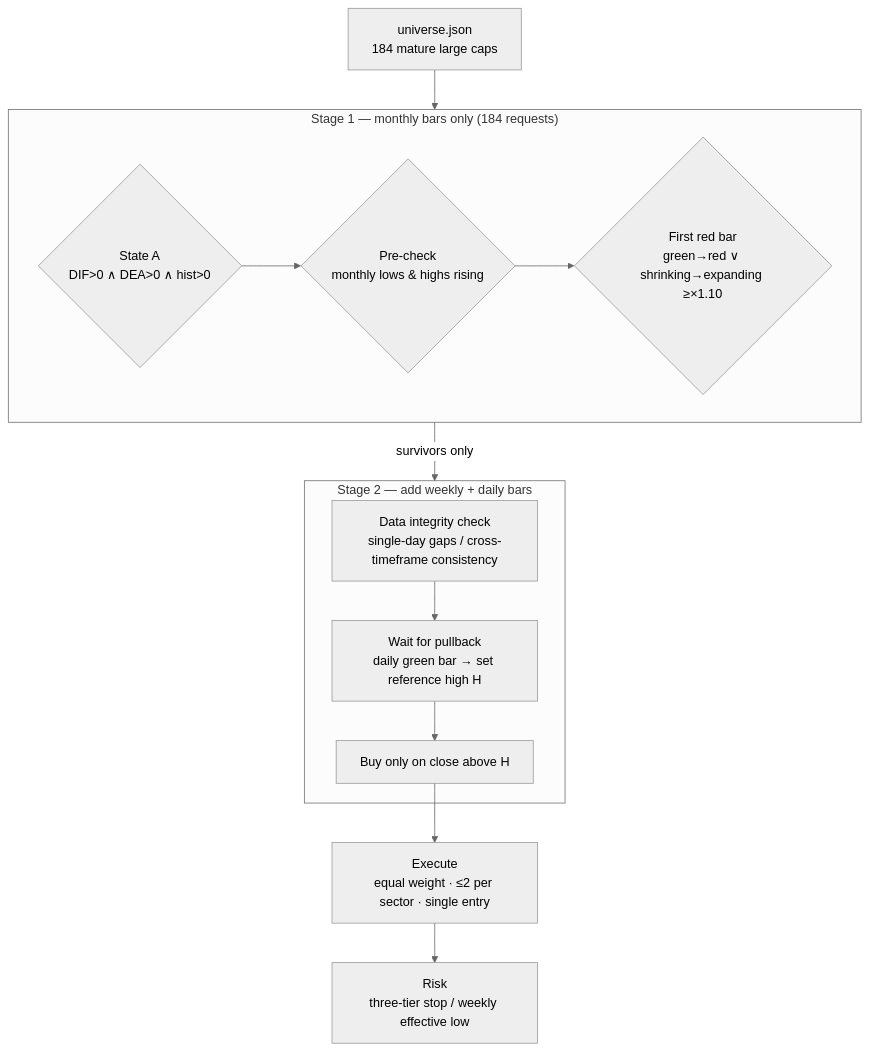
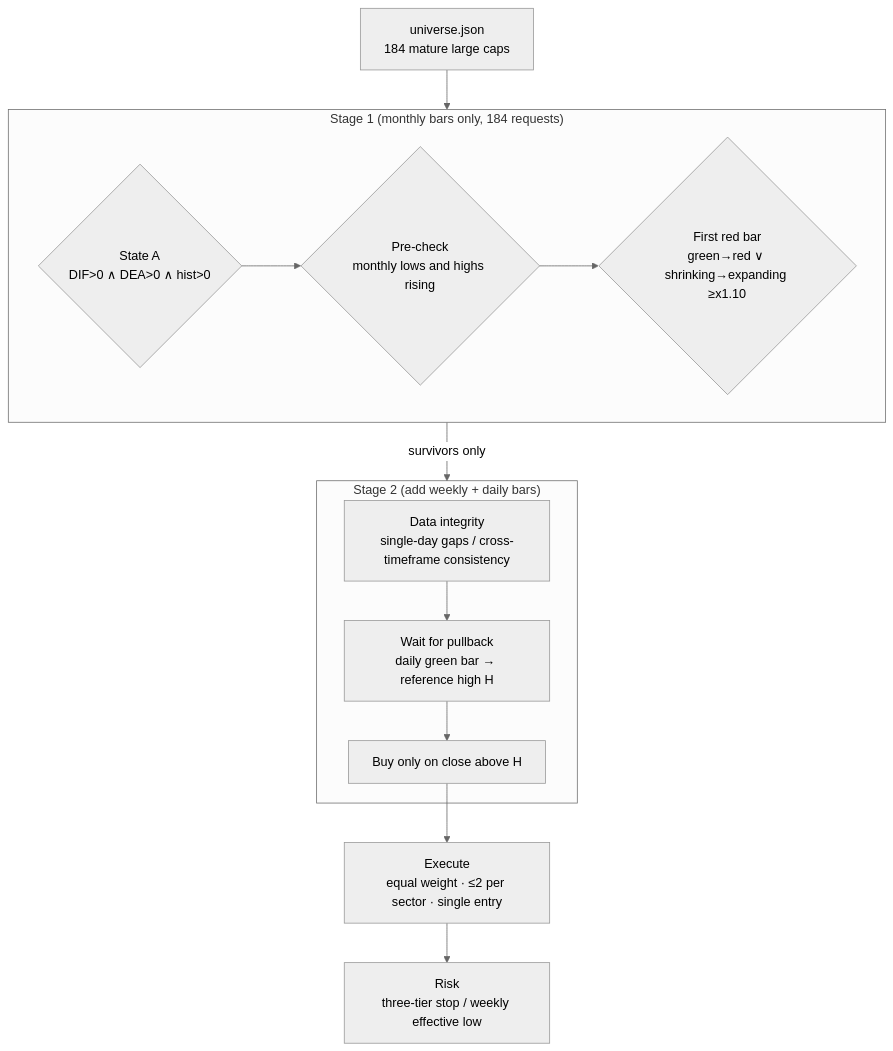
The diagram in README.en.md (Simen-Chen/holdle-screener), drawn with Mermaid (neutral theme) before and after one commit. The commit also changed other lines of this file and 3 other files, not shown here.

````diff
--- a/README.en.md
+++ b/README.en.md
@@ -74,23 +144,23 @@
 ```mermaid
 flowchart TD
     U["universe.json<br/>184 mature large caps"] --> L1
 
-    subgraph L1["Stage 1 — monthly bars only (184 requests)"]
+    subgraph L1["Stage 1 (monthly bars only, 184 requests)"]
         A{"State A<br/>DIF>0 ∧ DEA>0 ∧ hist>0"}
-        B{"Pre-check<br/>monthly lows & highs rising"}
-        C{"First red bar<br/>green→red ∨ shrinking→expanding ≥×1.10"}
+        B{"Pre-check<br/>monthly lows and highs rising"}
+        C{"First red bar<br/>green→red ∨ shrinking→expanding ≥x1.10"}
         A --> B --> C
     end
 
     L1 -->|"survivors only"| L2
 
-    subgraph L2["Stage 2 — add weekly + daily bars"]
-        D["Data integrity check<br/>single-day gaps / cross-timeframe consistency"]
-        E["Wait for pullback<br/>daily green bar → set reference high H"]
+    subgraph L2["Stage 2 (add weekly + daily bars)"]
+        D["Data integrity<br/>single-day gaps / cross-timeframe consistency"]
+        E["Wait for pullback<br/>daily green bar → reference high H"]
         F["Buy only on close above H"]
         D --> E --> F
     end
 
     F --> G["Execute<br/>equal weight · ≤2 per sector · single entry"]
     G --> H["Risk<br/>three-tier stop / weekly effective low"]
 ```
````
